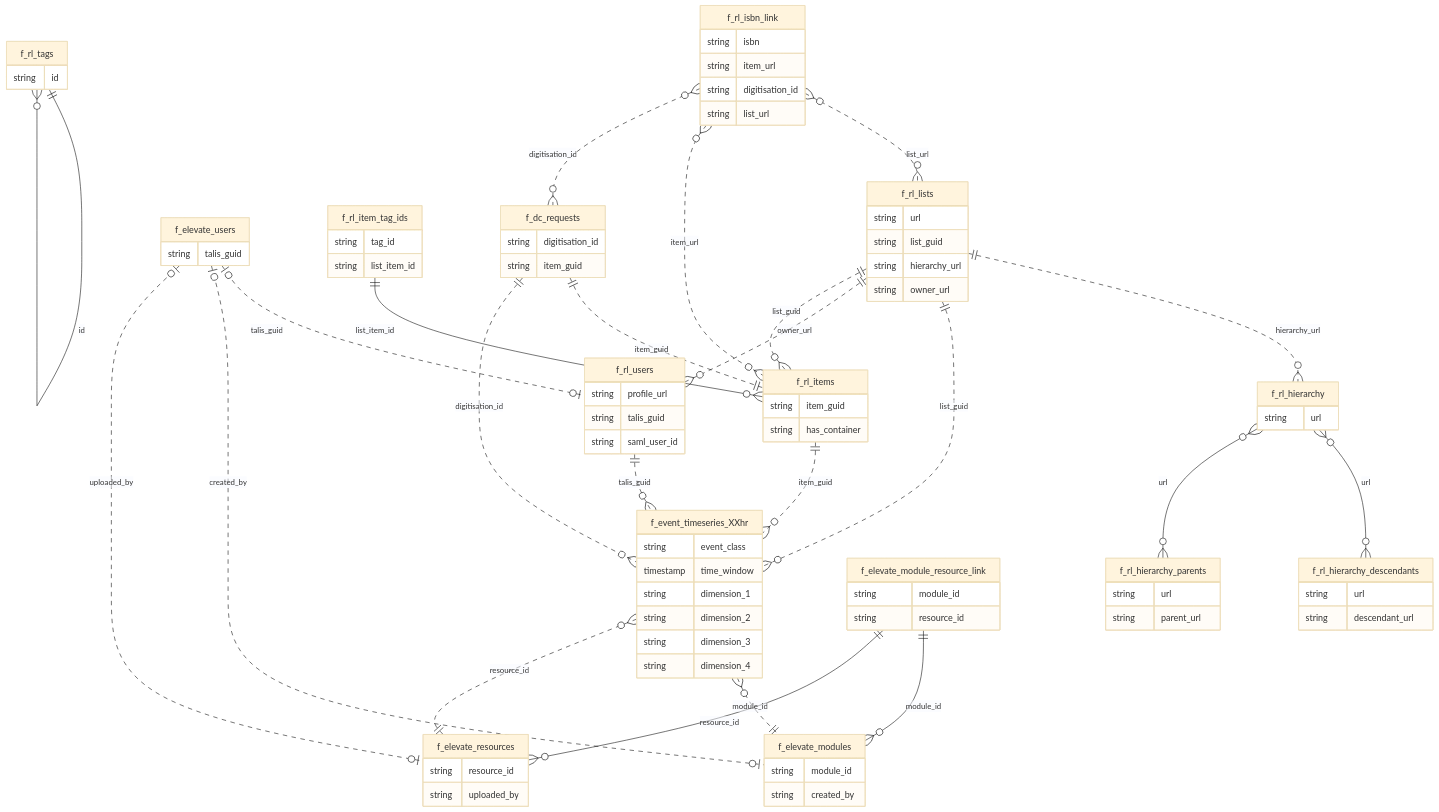
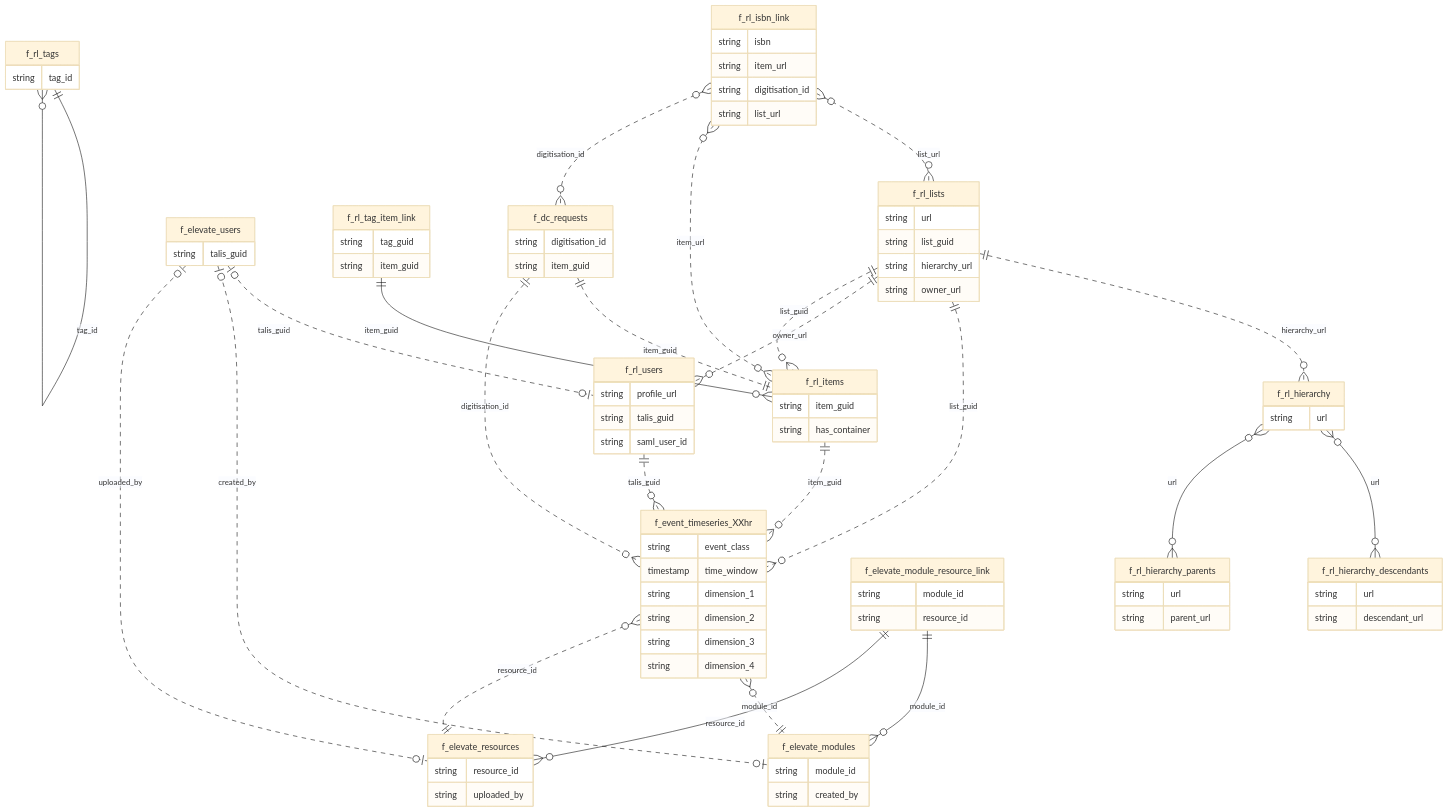
One commit to talis/advanced-mis changed the diagram in topics/entity-relationships.md. Above: the diagram before and after it, drawn with Mermaid (base theme). The commit also changed 1 other file, not shown here.

Commit message:
update column names to be in line with changes in other PRs

```diff
--- a/topics/entity-relationships.md
+++ b/topics/entity-relationships.md
@@ -120,14 +120,15 @@
         string talis_guid
     }
 
-    f_rl_item_tag_ids {
-        string tag_id
-        string list_item_id
+    f_rl_tag_item_link {
+        string tag_guid
+        string item_guid
     }
-    f_rl_item_tag_ids ||--o{ f_rl_items : list_item_id
-    f_rl_tags ||--o{ f_rl_tags : id
+    f_rl_tag_item_link ||--o{ f_rl_items : item_guid
+    f_rl_tags ||--o{ f_rl_tags : tag_id
 
     f_rl_tags {
-        string id
+        string tag_id
     }
+
 </div>
```
